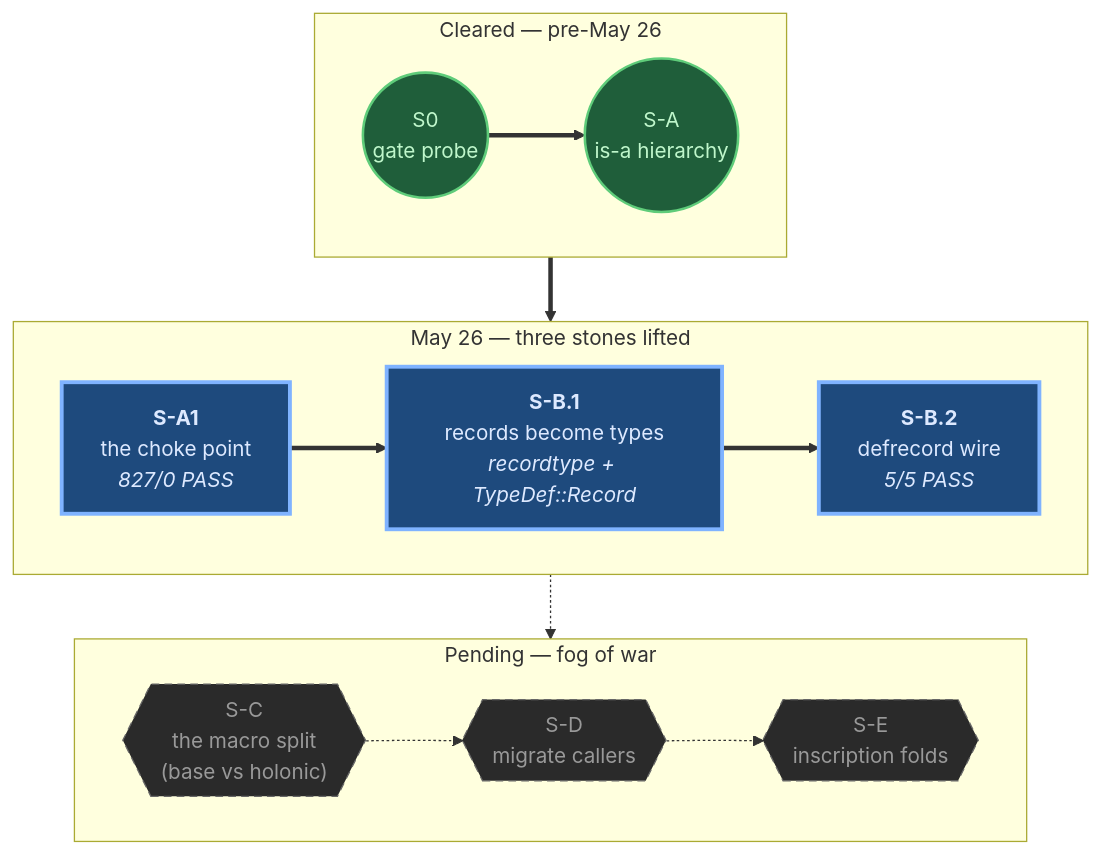
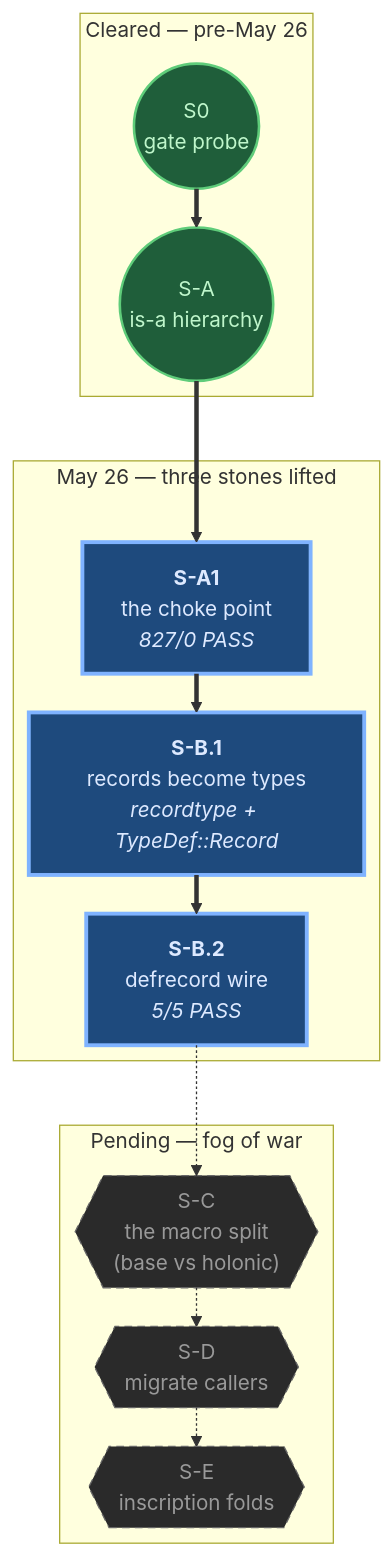
The diagram in src/content/docs/blog/story/series-006-019-records-become-types.md (watmin/algebraic-intelligence.dev), drawn with Mermaid before and after one commit.

Commit message:
story: 019 boss-map — switch to ELK renderer (dagre ignored inner LR)
Default dagre renderer was silently ignoring direction LR inside the
subgraphs when outer is TB — it propagates the outer direction down
through subgraphs and renders everything top-down regardless of inner
declarations. Verified: the rendered output stacked all nodes
vertically despite each subgraph declaring direction LR.

ELK is mermaid's built-in alternate renderer that respects nested
direction declarations. One-line init directive at the top of the
block. Not a plugin, not a hack — the correct renderer for cases
where dagre's TB-propagation conflicts with structurally-correct
intent.

````diff
--- a/src/content/docs/blog/story/series-006-019-records-become-types.md
+++ b/src/content/docs/blog/story/series-006-019-records-become-types.md
@@ -24,32 +24,33 @@
 ```mermaid
+%%{init: {"flowchart": {"defaultRenderer": "elk"}}}%%
 graph TB
     subgraph cleared_grp ["Cleared — pre-May 26"]
         direction LR
         S0(("S0<br/>gate probe")):::cleared
         SA(("S-A<br/>is-a hierarchy")):::cleared
         S0 ==> SA
     end
 
     subgraph today_grp ["May 26 — three stones lifted"]
         direction LR
         SA1["<b>S-A1</b><br/>the choke point<br/><i>827/0 PASS</i>"]:::today
         SB1["<b>S-B.1</b><br/>records become types<br/><i>recordtype + TypeDef::Record</i>"]:::today
         SB2["<b>S-B.2</b><br/>defrecord wire<br/><i>5/5 PASS</i>"]:::today
         SA1 ==> SB1 ==> SB2
     end
 
     subgraph pending_grp ["Pending — fog of war"]
         direction LR
         SC{{"S-C<br/>the macro split<br/>(base vs holonic)"}}:::pending
         SD{{"S-D<br/>migrate callers"}}:::pending
         SE{{"S-E<br/>inscription folds"}}:::pending
         SC -.-> SD -.-> SE
     end
 
     SA ==> SA1
     SB2 -.-> SC
 
     classDef cleared fill:#1f5e3a,stroke:#5fcc7a,color:#bff6cb,stroke-width:2px
     classDef today fill:#1e4a7d,stroke:#7fb3ff,color:#dde9ff,stroke-width:3px
     classDef pending fill:#2a2a2a,stroke:#666,color:#999,stroke-dasharray:6 4
 ```
````
